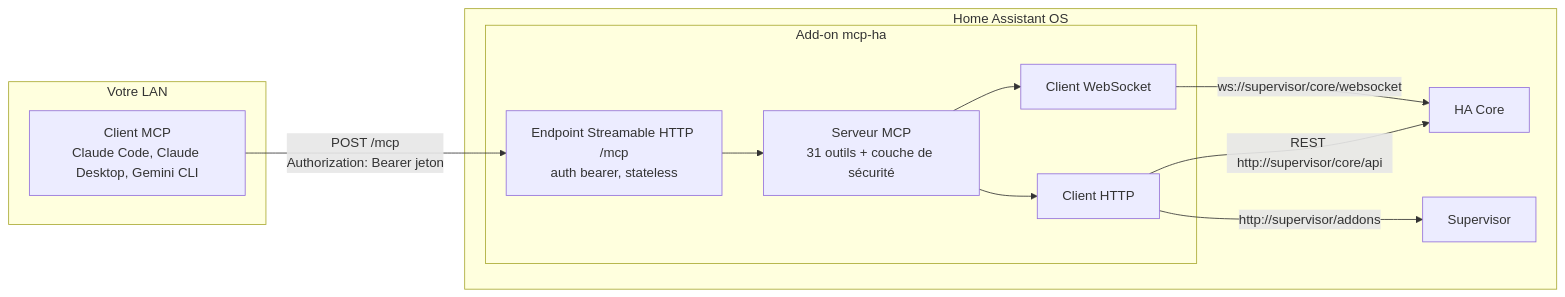
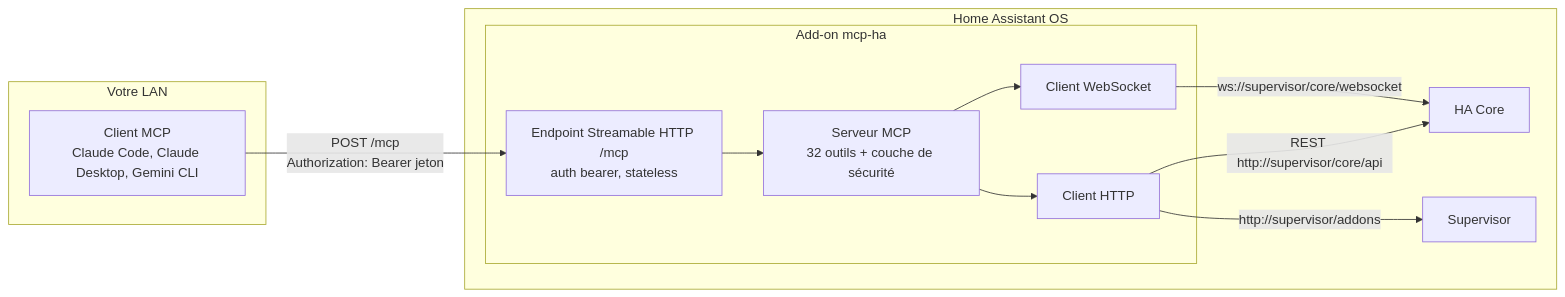
The first of 3 diagrams in docs/fr/reference/architecture.md (Devitek/mcp-ha), drawn with Mermaid before and after one commit. The commit also changed 19 other files, not shown here.

````diff
--- a/docs/fr/reference/architecture.md
+++ b/docs/fr/reference/architecture.md
@@ -7,23 +7,23 @@
 ```mermaid
 flowchart LR
   subgraph lan["Votre LAN"]
     C["Client MCP<br/>Claude Code, Claude Desktop, Gemini CLI"]
   end
   subgraph haos["Home Assistant OS"]
     subgraph addon["Add-on mcp-ha"]
       T["Endpoint Streamable HTTP /mcp<br/>auth bearer, stateless"]
-      S["Serveur MCP<br/>31 outils + couche de sécurité"]
+      S["Serveur MCP<br/>32 outils + couche de sécurité"]
       W["Client WebSocket"]
       H["Client HTTP"]
       T --> S
       S --> W
       S --> H
     end
     CORE["HA Core"]
     SUP["Supervisor"]
     W -->|"ws://supervisor/core/websocket"| CORE
     H -->|"REST http://supervisor/core/api"| CORE
     H -->|"http://supervisor/addons"| SUP
   end
   C -->|"POST /mcp<br/>Authorization: Bearer jeton"| T
 ```
````
